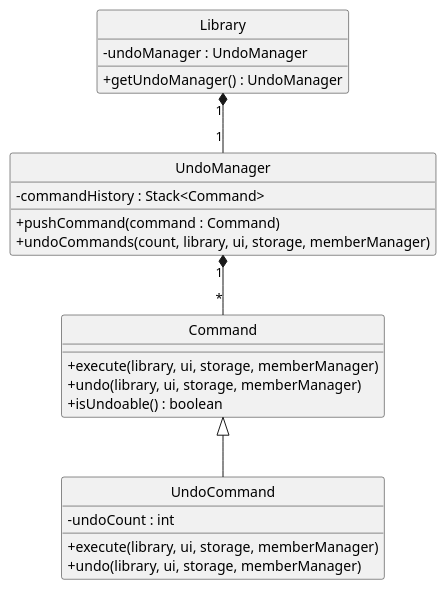
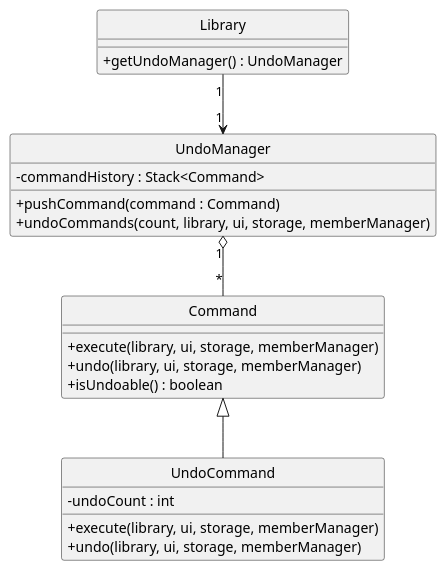
Before and after one commit to eth4n22/tp: the diagram in docs/diagrams/UndoCommandClass.puml, drawn with PlantUML. The commit also changed 4 other files, not shown here.

```diff
--- a/docs/diagrams/UndoCommandClass.puml
+++ b/docs/diagrams/UndoCommandClass.puml
@@ -1,33 +1,32 @@
 @startuml
 
 hide circle
 skinparam classAttributeIconSize 0
 
 class Command {
     +execute(library, ui, storage, memberManager)
     +undo(library, ui, storage, memberManager)
     +isUndoable() : boolean
 }
 
 class UndoCommand {
     -undoCount : int
     +execute(library, ui, storage, memberManager)
     +undo(library, ui, storage, memberManager)
 }
 
 class UndoManager {
     -commandHistory : Stack<Command>
     +pushCommand(command : Command)
     +undoCommands(count, library, ui, storage, memberManager)
 }
 
 class Library {
-    -undoManager : UndoManager
     +getUndoManager() : UndoManager
 }
 
 Command <|-- UndoCommand
-Library "1" *-- "1" UndoManager
-UndoManager "1" *-- "*" Command
+Library "1" --> "1" UndoManager
+UndoManager "1" o-- "*" Command
 
 @enduml
```
